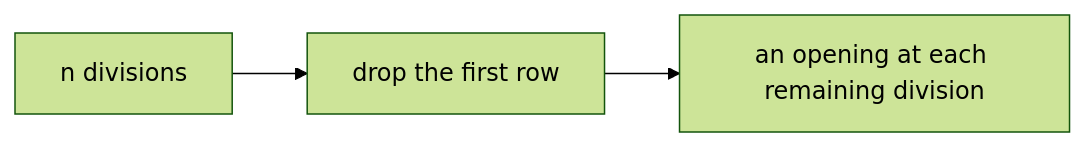
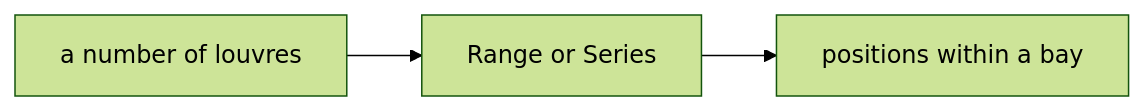
One commit to rccn-teaching/cdf changed the fourth of 4 diagrams in Lecture/Week_06/goals.md. Above: the diagram before and after it, drawn with Mermaid (forest theme). The commit also changed other lines of this file and 23 other files, not shown here.

Commit message:
Refactor lecture materials for Weeks 13-15: update README and goals to enhance clarity and structure; adjust session objectives and commands; improve flowcharts and voting processes for better engagement and understanding.

````diff
--- a/Lecture/Week_06/goals.md
+++ b/Lecture/Week_06/goals.md
@@ -47,5 +81,7 @@
 ```mermaid
 flowchart LR
-    D["n divisions"] --> C["drop the first row"]
-    C --> O["an opening at each remaining division"]
+    A0["a number of louvres"]
+    R1["Range or Series"]
+    V2["positions within a bay"]
+    A0 --> R1 --> V2
 ```
````
